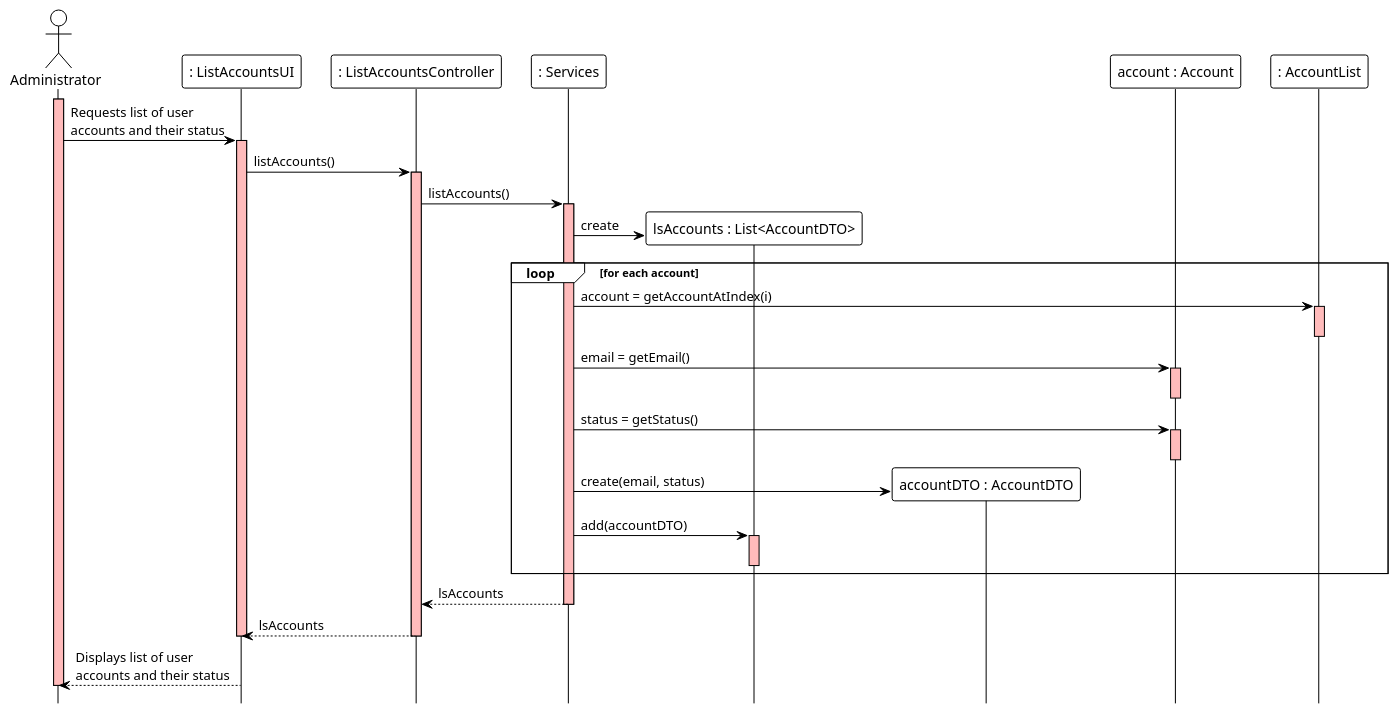
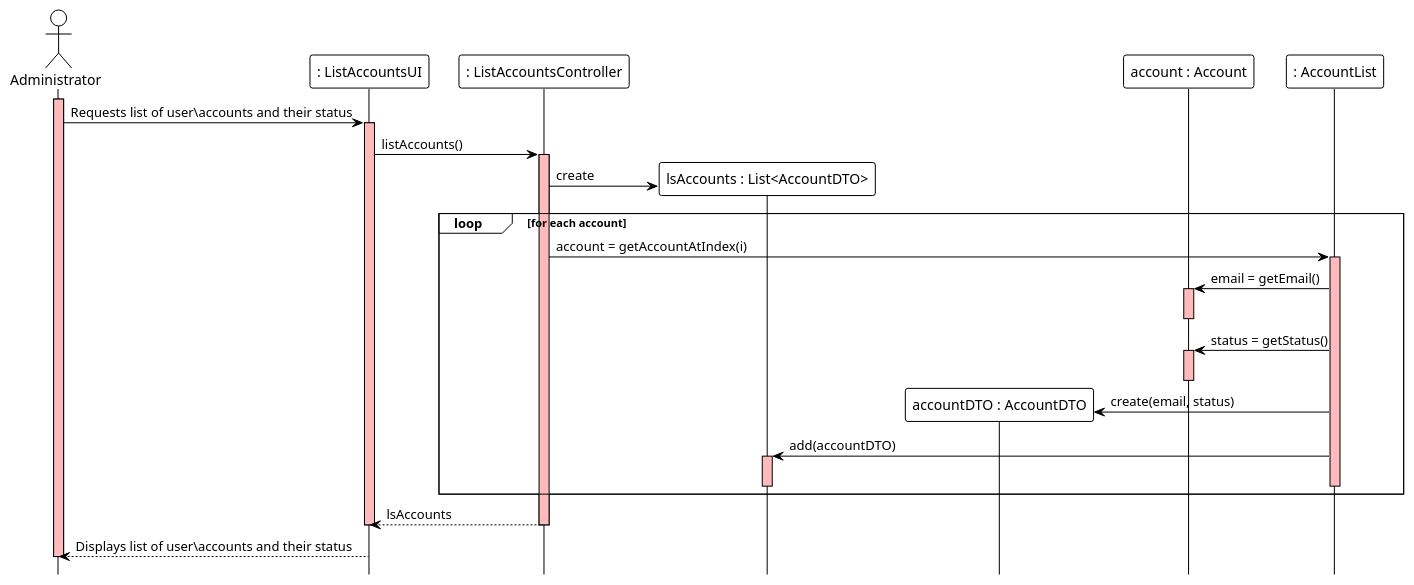
Before and after one commit to ivo-menezes/project_g3: the diagram in docs/modelling_design/user_stories/us004/US004_ListAllAccountsAndStatusSD.puml, drawn with PlantUML. The commit also changed 1 other file, not shown here.

```diff
--- a/docs/modelling_design/user_stories/us004/US004_ListAllAccountsAndStatusSD.puml
+++ b/docs/modelling_design/user_stories/us004/US004_ListAllAccountsAndStatusSD.puml
@@ -1,54 +1,47 @@
 @startuml
 !theme plain
 hide footbox
 
 actor Administrator as Administrator
 participant ": ListAccountsUI" as UI
 participant ": ListAccountsController" as Controller
-participant ": Services" as Services
 participant "lsAccounts : List<AccountDTO>" as DTOList
 participant "accountDTO : AccountDTO" as DTO
 participant "account : Account" as account
 
 participant ": AccountList" as AccountList
 
 activate Administrator #FFBBBB
-Administrator ->  UI: Requests list of user\naccounts and their status
+Administrator ->  UI: Requests list of user\accounts and their status
 
 activate UI #FFBBBB
 UI -> Controller: listAccounts()
 
 activate Controller #FFBBBB
-Controller -> Services: listAccounts()
-
-activate Services #FFBBBB
-Services -> DTOList ** : create
+Controller -> DTOList ** : create
 
 loop for each account
-Services -> AccountList : account = getAccountAtIndex(i)
+Controller -> AccountList : account = getAccountAtIndex(i)
 activate AccountList #FFBBBB
-deactivate AccountList
-Services -> account : email = getEmail()
+AccountList -> account : email = getEmail()
 activate account #FFBBBB
 deactivate account
-Services -> account : status = getStatus()
+AccountList -> account : status = getStatus()
 activate account #FFBBBB
 deactivate account
 
-Services -> DTO ** : create(email, status)
+AccountList -> DTO ** : create(email, status)
 
-Services -> DTOList : add(accountDTO)
+AccountList -> DTOList : add(accountDTO)
 activate DTOList #FFBBBB
 deactivate DTOList
+deactivate AccountList
 end
-
-Services --> Controller : lsAccounts
-deactivate Services
 
 Controller --> UI : lsAccounts
 deactivate Controller
 deactivate UI
 
-UI --> Administrator: Displays list of user\naccounts and their status
+UI --> Administrator: Displays list of user\accounts and their status
 deactivate Administrator #FFBBBB
 @enduml
```
